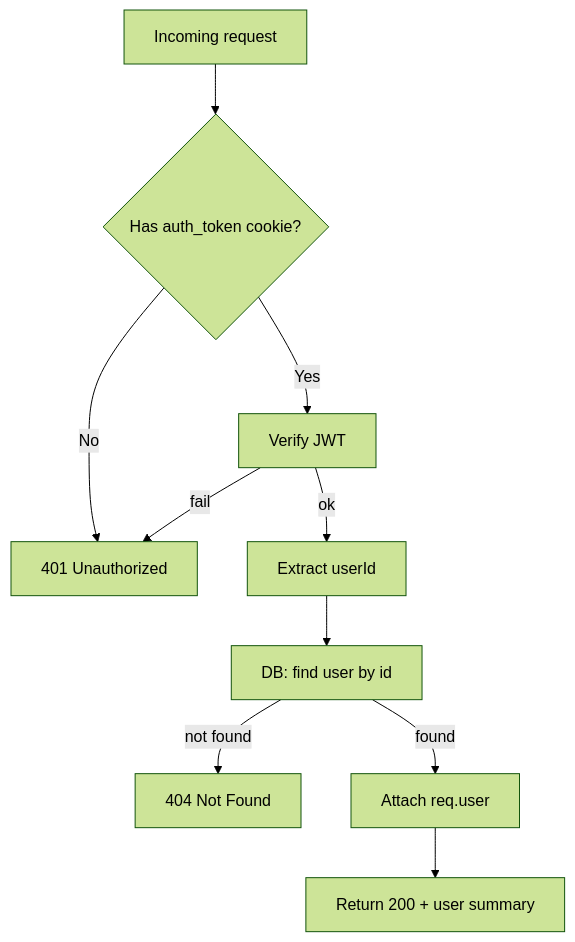
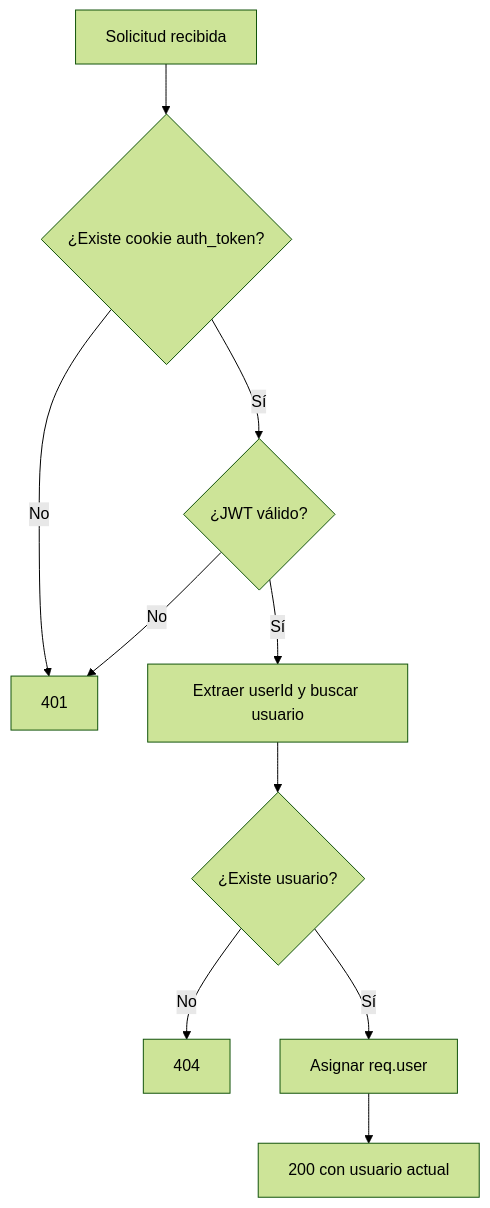
The diagram in docs/features/jwt_protected_route.md (hypnoticdata777/jobTracker_h777.dev), drawn with Mermaid (forest theme) before and after one commit. The commit also changed other lines of this file and 34 other files, not shown here.

````diff
--- a/docs/features/jwt_protected_route.md
+++ b/docs/features/jwt_protected_route.md
@@ -27,12 +27,12 @@
 ```mermaid
 flowchart TD
-  A[Incoming request] --> B{Has auth_token cookie?}
-  B -- No --> C[401 Unauthorized]
-  B -- Yes --> D[Verify JWT]
-  D -- fail --> C[401 Unauthorized]
-  D -- ok --> E[Extract userId]
-  E --> F[DB: find user by id]
-  F -- not found --> G[404 Not Found]
-  F -- found --> H[Attach req.user]
-  H --> I[Return 200 + user summary]
+  A[Solicitud recibida] --> B{¿Existe cookie auth_token?}
+  B -- No --> C[401]
+  B -- Sí --> D{¿JWT válido?}
+  D -- No --> C
+  D -- Sí --> E[Extraer userId y buscar usuario]
+  E --> F{¿Existe usuario?}
+  F -- No --> G[404]
+  F -- Sí --> H[Asignar req.user]
+  H --> I[200 con usuario actual]
 ```
````
